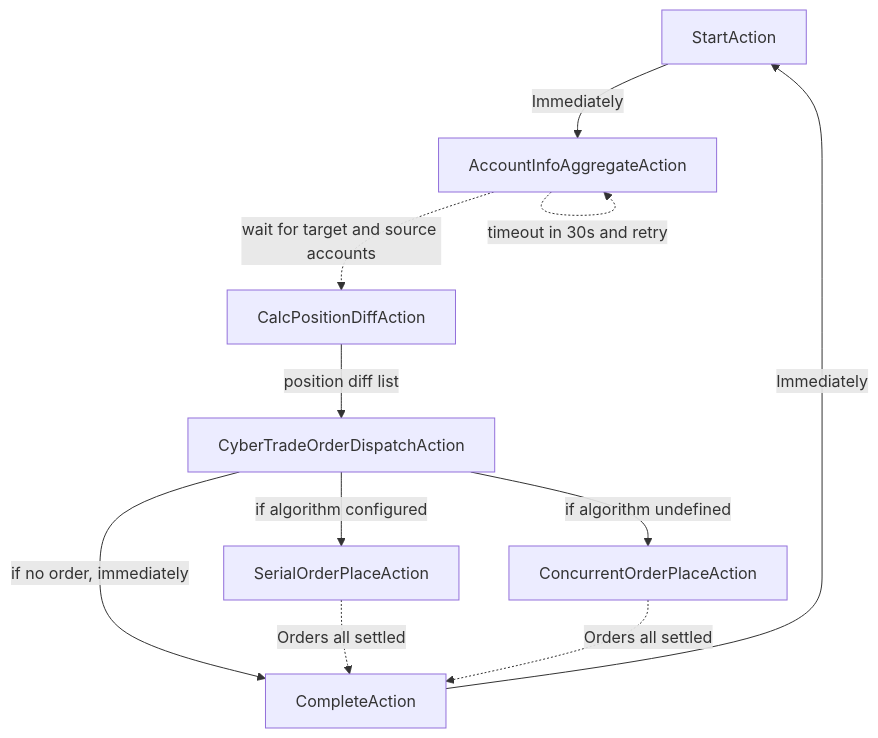
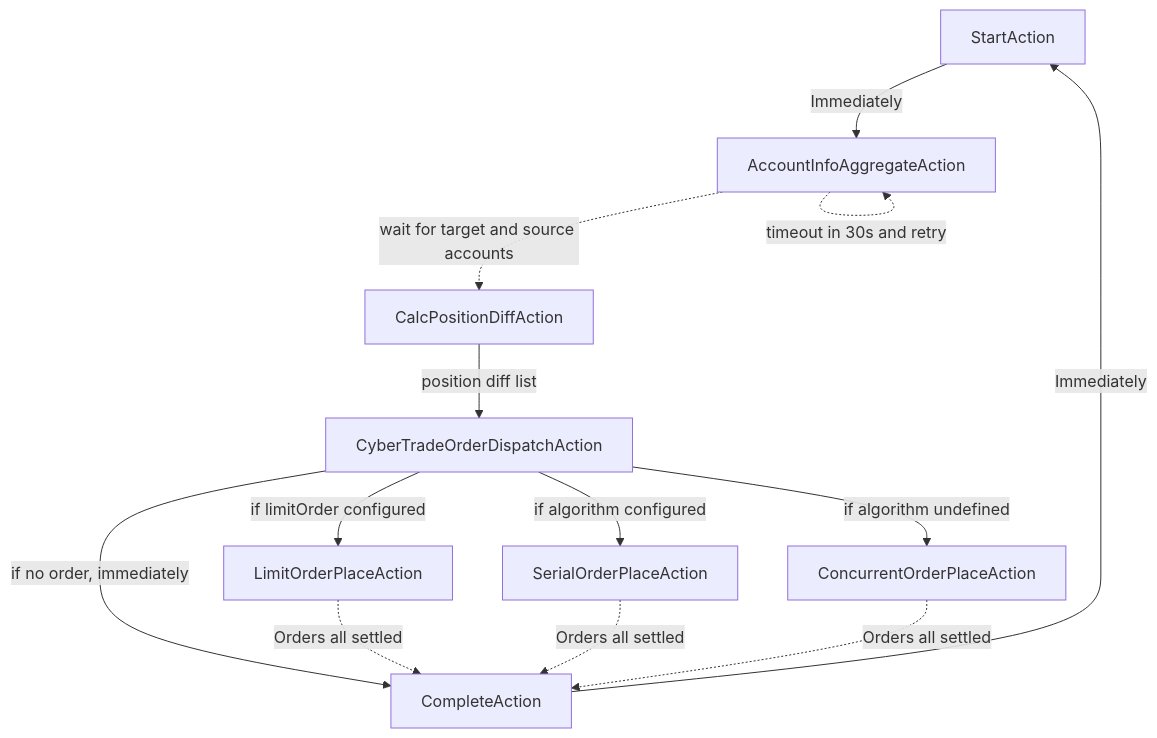
Before and after one commit to No-Trade-No-Life/Yuan: the second of 2 diagrams in apps/trade-copier/README.md, drawn with Mermaid. The commit also changed other lines of this file, not shown here.

````diff
--- a/apps/trade-copier/README.md
+++ b/apps/trade-copier/README.md
@@ -47,13 +47,15 @@
 ```mermaid
 graph TD;
 StartAction -->|Immediately| AccountInfoAggregateAction;
 AccountInfoAggregateAction -.->|wait for target and source accounts| CalcPositionDiffAction;
 AccountInfoAggregateAction -.->|timeout in 30s and retry| AccountInfoAggregateAction;
 CalcPositionDiffAction -->|position diff list| CyberTradeOrderDispatchAction;
 CyberTradeOrderDispatchAction -->|if no order, immediately| CompleteAction;
+CyberTradeOrderDispatchAction -->|if limitOrder configured| LimitOrderPlaceAction;
 CyberTradeOrderDispatchAction -->|if algorithm configured| SerialOrderPlaceAction;
 CyberTradeOrderDispatchAction -->|if algorithm undefined| ConcurrentOrderPlaceAction;
+LimitOrderPlaceAction -.->|Orders all settled| CompleteAction;
 SerialOrderPlaceAction -.->|Orders all settled| CompleteAction;
 ConcurrentOrderPlaceAction -.->|Orders all settled| CompleteAction;
 CompleteAction -->|Immediately| StartAction;
 ```
````
